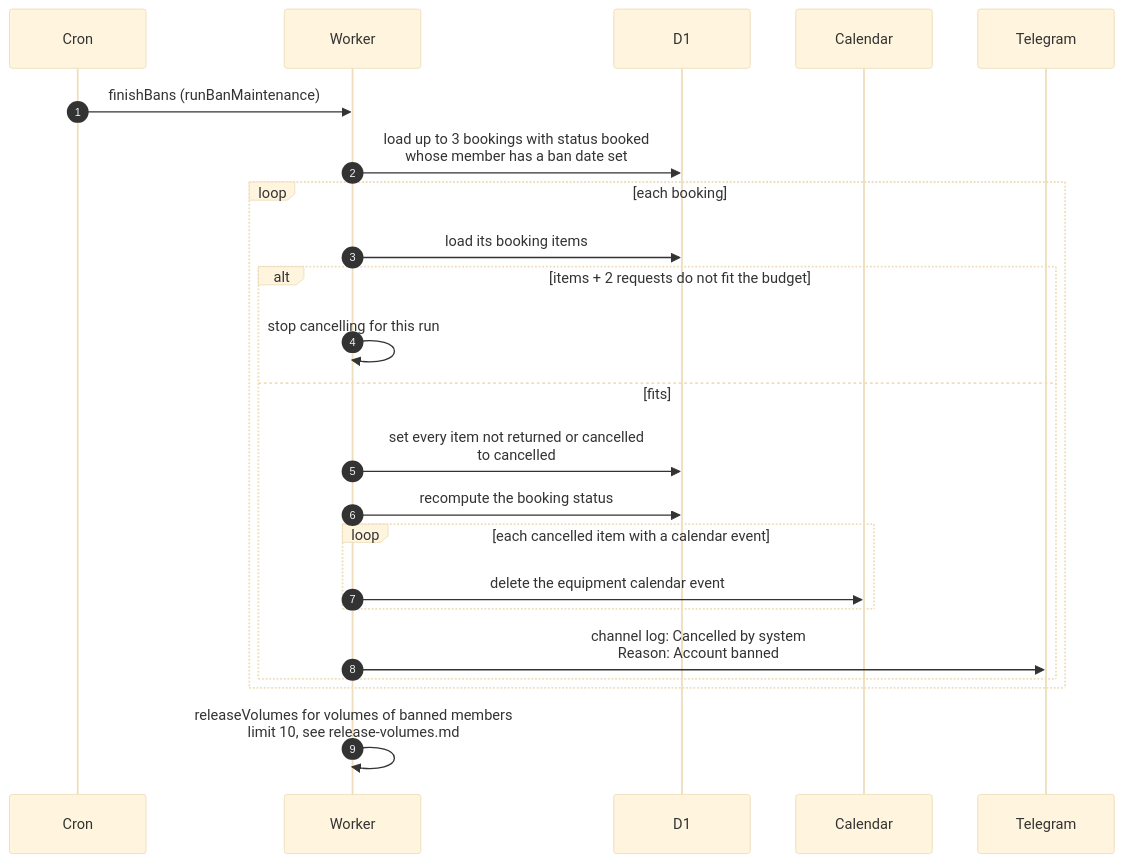
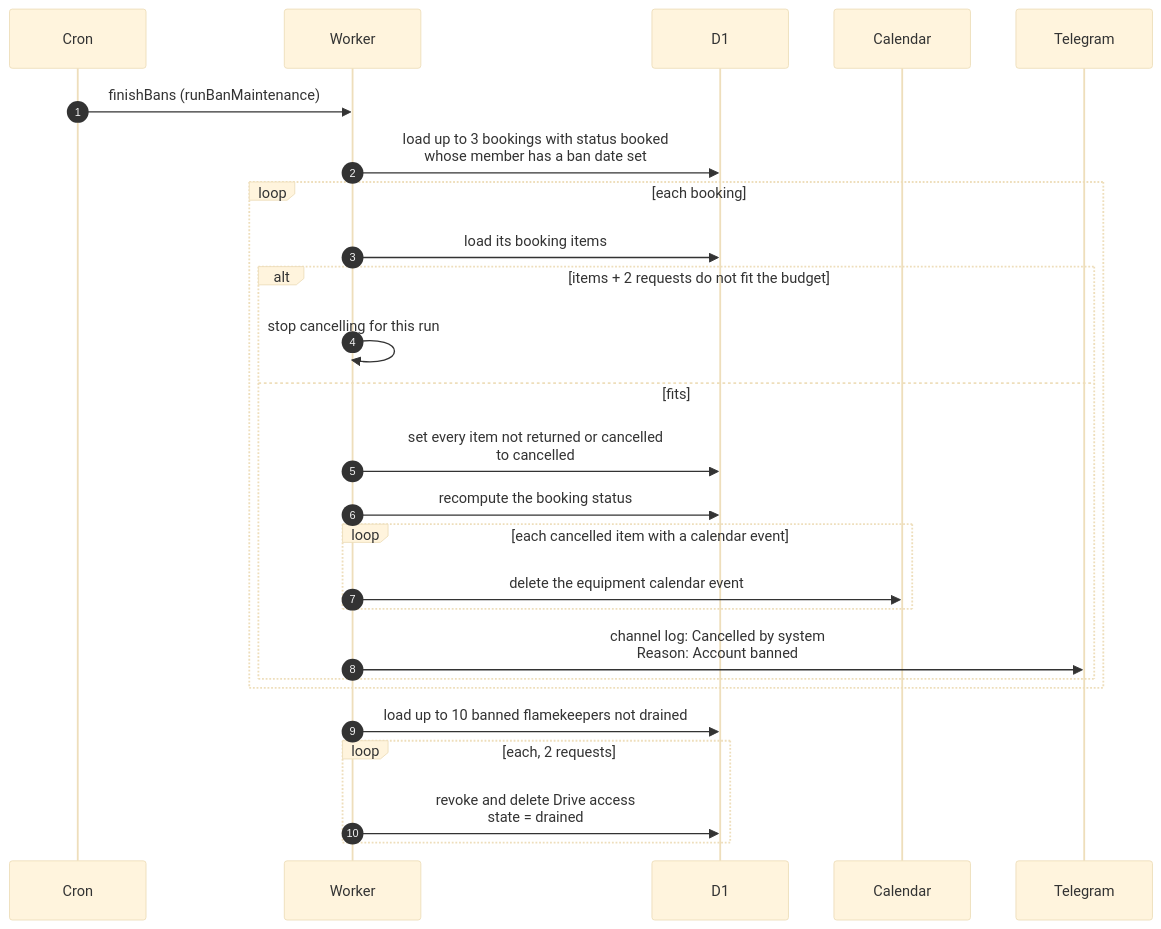
The diagram in docs/scenarios/cron/flamekeepers/ban-cleanup.md (sagyzdop/meriksirat), drawn with Mermaid (base theme) before and after one commit. The commit also changed other lines of this file and 74 other files, not shown here.

````diff
--- a/docs/scenarios/cron/flamekeepers/ban-cleanup.md
+++ b/docs/scenarios/cron/flamekeepers/ban-cleanup.md
@@ -34,26 +33,29 @@
 ```mermaid
 sequenceDiagram
     autonumber
     participant Cron
     participant Worker
     participant D1
     participant Calendar
     participant Telegram
 
     Cron->>Worker: finishBans (runBanMaintenance)
     Worker->>D1: load up to 3 bookings with status booked<br/>whose member has a ban date set
     loop each booking
         Worker->>D1: load its booking items
         alt items + 2 requests do not fit the budget
             Worker->>Worker: stop cancelling for this run
         else fits
             Worker->>D1: set every item not returned or cancelled<br/>to cancelled
             Worker->>D1: recompute the booking status
             loop each cancelled item with a calendar event
                 Worker->>Calendar: delete the equipment calendar event
             end
             Worker->>Telegram: channel log: Cancelled by system<br/>Reason: Account banned
         end
     end
-    Worker->>Worker: releaseVolumes for volumes of banned members<br/>limit 10, see release-volumes.md
+    Worker->>D1: load up to 10 banned flamekeepers not drained
+    loop each, 2 requests
+        Worker->>D1: revoke and delete Drive access<br/>state = drained
+    end
 ```
````
